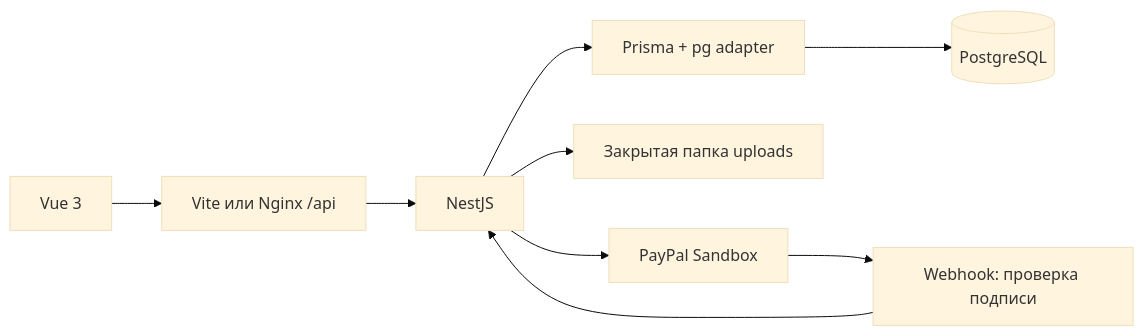
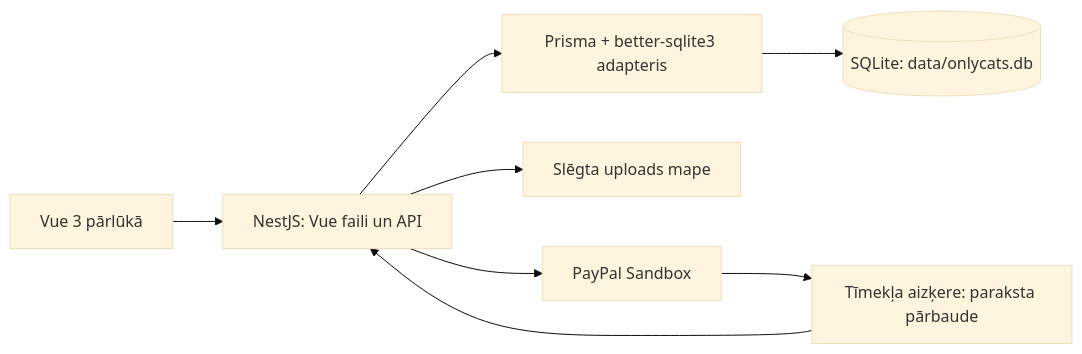
The diagram in docs/architecture.md (23DP2MPels/OnlyCats), drawn with Mermaid (base theme) before and after one commit. The commit also changed other lines of this file and 26 other files, not shown here.

````diff
--- a/docs/architecture.md
+++ b/docs/architecture.md
@@ -3,11 +3,10 @@
 ```mermaid
 flowchart LR
-  Browser[Vue 3] --> Proxy[Vite или Nginx /api]
-  Proxy --> API[NestJS]
-  API --> ORM[Prisma + pg adapter]
-  ORM --> DB[(PostgreSQL)]
-  API --> Files[Закрытая папка uploads]
+  Browser[Vue 3 pārlūkā] --> API[NestJS: Vue faili un API]
+  API --> ORM[Prisma + better-sqlite3 adapteris]
+  ORM --> DB[(SQLite: data/onlycats.db)]
+  API --> Files[Slēgta uploads mape]
   API --> PayPal[PayPal Sandbox]
-  PayPal --> Webhook[Webhook: проверка подписи]
+  PayPal --> Webhook[Tīmekļa aizķere: paraksta pārbaude]
   Webhook --> API
 ```
````
